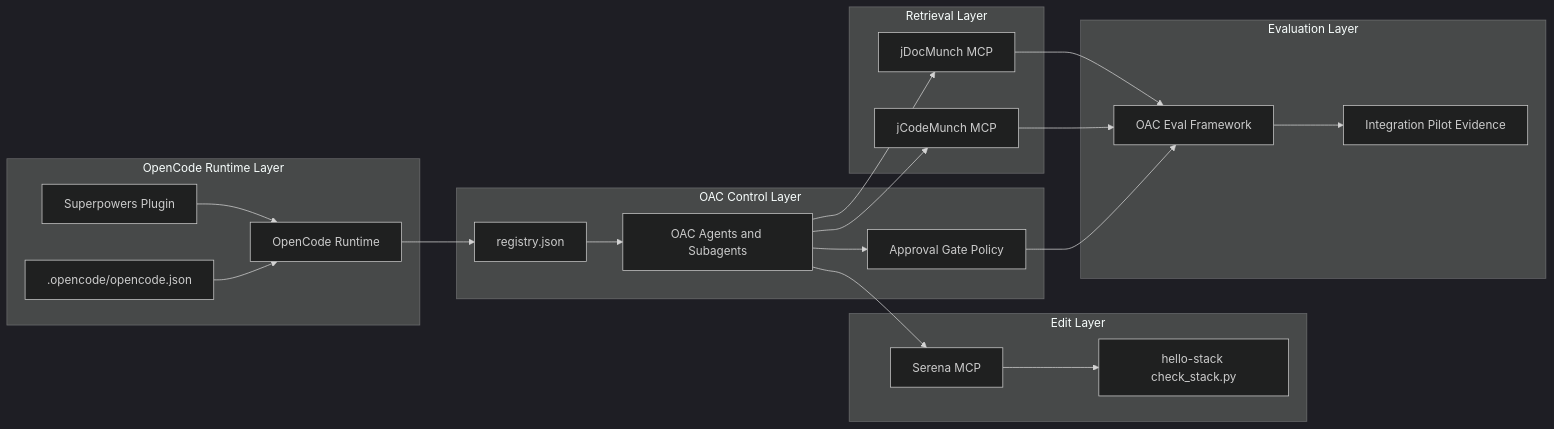
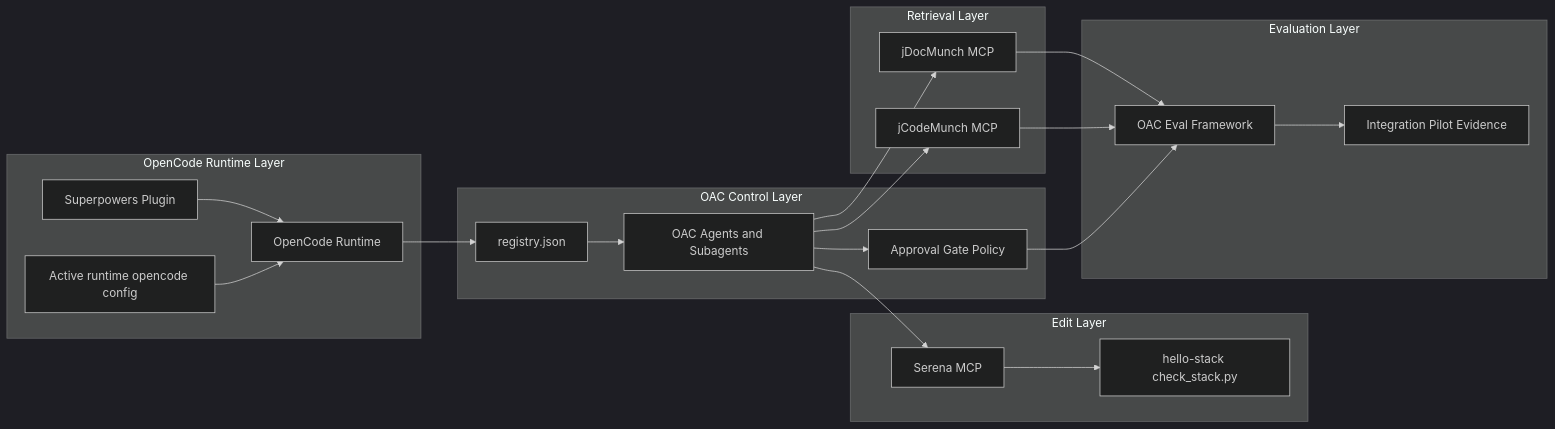
One commit to nekiee13/opencode-FIN changed the diagram in docs/oc/architecture/architecture.md. Above: the diagram before and after it, drawn with Mermaid (dark theme). The commit also changed other lines of this file and 39 other files, not shown here.

````diff
--- a/docs/oc/architecture/architecture.md
+++ b/docs/oc/architecture/architecture.md
@@ -15,45 +15,45 @@
 ```mermaid
 flowchart LR
     subgraph Runtime[OpenCode Runtime Layer]
         OC[OpenCode Runtime]
-        CFG[.opencode/opencode.json]
+        CFG[Active runtime opencode config]
         SP[Superpowers Plugin]
     end
 
     subgraph Control[OAC Control Layer]
         REG[registry.json]
         AGENTS[OAC Agents and Subagents]
         GATES[Approval Gate Policy]
     end
 
     subgraph Retrieval[Retrieval Layer]
         JCM[jCodeMunch MCP]
         JDM[jDocMunch MCP]
     end
 
     subgraph Edit[Edit Layer]
         SER[Serena MCP]
         HS[hello-stack check_stack.py]
     end
 
     subgraph Eval[Evaluation Layer]
         EVAL[OAC Eval Framework]
         EVID[Integration Pilot Evidence]
     end
 
     CFG --> OC
     SP --> OC
     OC --> REG
     REG --> AGENTS
     AGENTS --> GATES
 
     AGENTS --> JCM
     AGENTS --> JDM
     AGENTS --> SER
     SER --> HS
 
     GATES --> EVAL
     EVAL --> EVID
     JCM --> EVAL
     JDM --> EVAL
 ```
````
